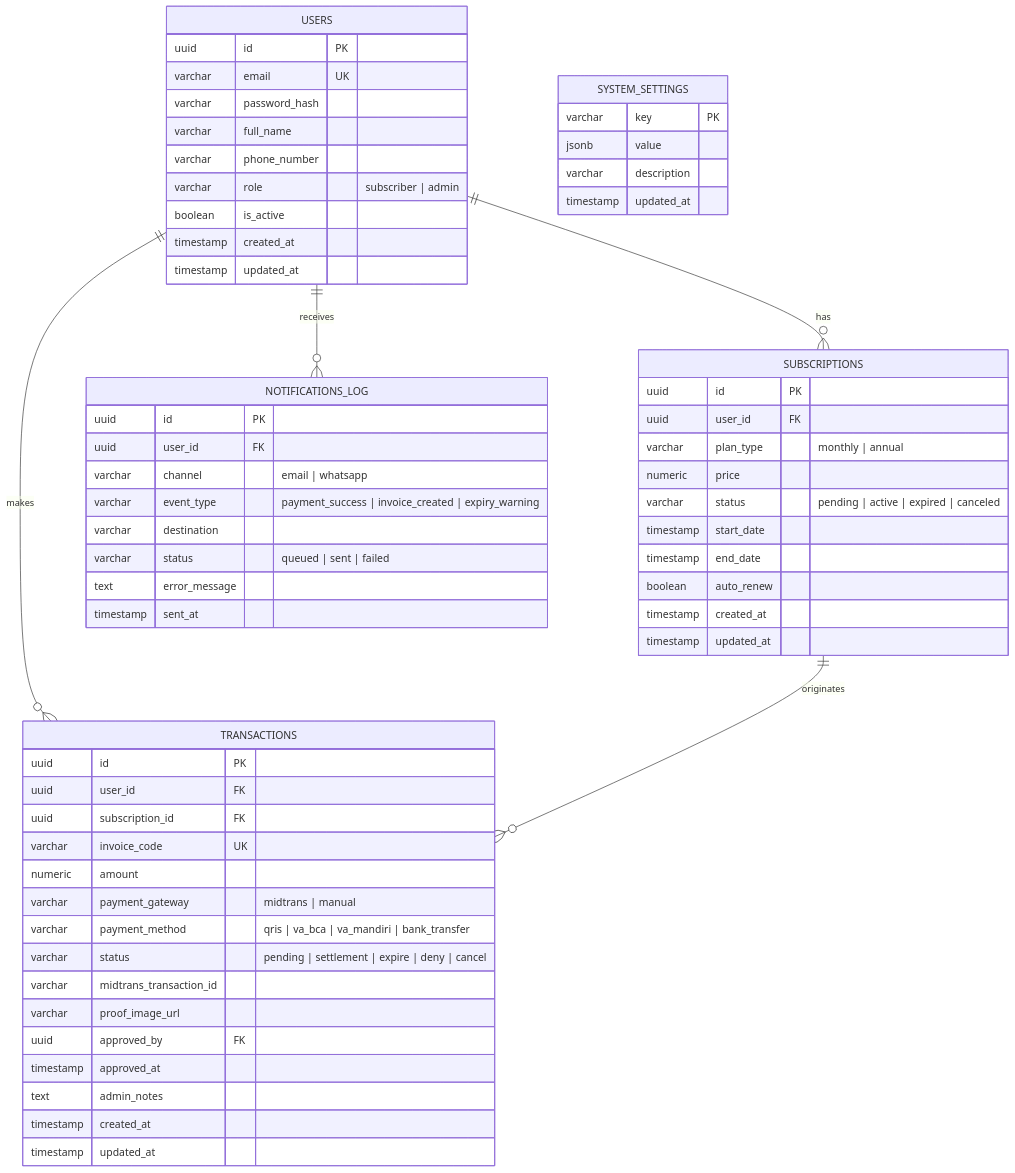
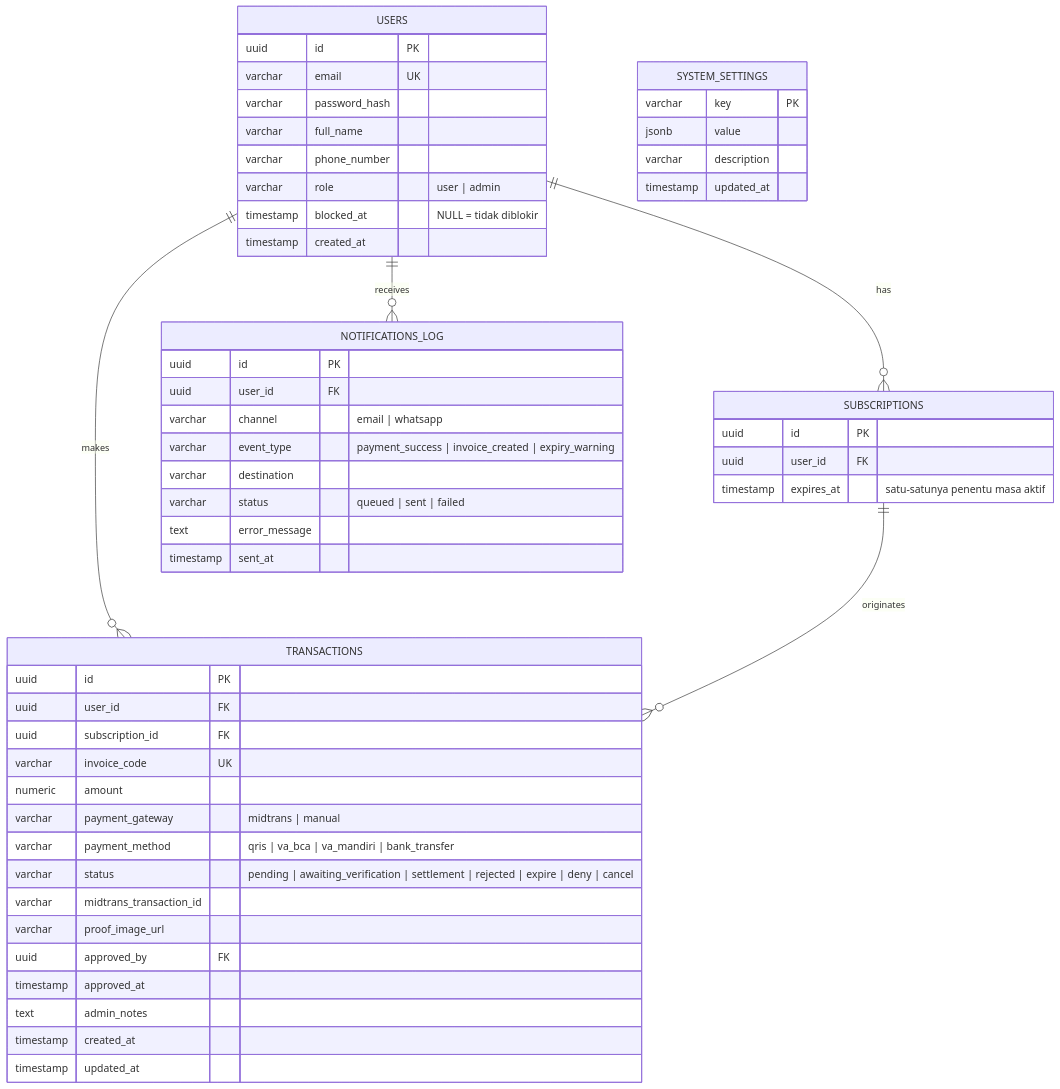
Before and after one commit to ikadekaggasugitha-cell/AI-InvestmentDecisionSupport: the second of 3 diagrams in docs/saas-subscription-platform.md, drawn with Mermaid. The commit also changed other lines of this file and 98 other files, not shown here.

````diff
--- a/docs/saas-subscription-platform.md
+++ b/docs/saas-subscription-platform.md
@@ -89,68 +90,60 @@
 ```mermaid
 erDiagram
     USERS ||--o{ SUBSCRIPTIONS : has
     USERS ||--o{ TRANSACTIONS : makes
     SUBSCRIPTIONS ||--o{ TRANSACTIONS : originates
     USERS ||--o{ NOTIFICATIONS_LOG : receives
 
     USERS {
         uuid id PK
         varchar email UK
         varchar password_hash
         varchar full_name
         varchar phone_number
-        varchar role "subscriber | admin"
-        boolean is_active
+        varchar role "user | admin"
+        timestamp blocked_at "NULL = tidak diblokir"
         timestamp created_at
-        timestamp updated_at
     }
 
     SUBSCRIPTIONS {
         uuid id PK
         uuid user_id FK
-        varchar plan_type "monthly | annual"
-        numeric price
-        varchar status "pending | active | expired | canceled"
-        timestamp start_date
-        timestamp end_date
-        boolean auto_renew
-        timestamp created_at
-        timestamp updated_at
+        timestamp expires_at "satu-satunya penentu masa aktif"
     }
 
     TRANSACTIONS {
         uuid id PK
         uuid user_id FK
         uuid subscription_id FK
         varchar invoice_code UK
         numeric amount
         varchar payment_gateway "midtrans | manual"
         varchar payment_method "qris | va_bca | va_mandiri | bank_transfer"
-        varchar status "pending | settlement | expire | deny | cancel"
+        varchar status "pending | awaiting_verification | settlement | rejected | expire | deny | cancel"
         varchar midtrans_transaction_id
         varchar proof_image_url
         uuid approved_by FK
         timestamp approved_at
         text admin_notes
         timestamp created_at
         timestamp updated_at
     }
 
     SYSTEM_SETTINGS {
         varchar key PK
         jsonb value
         varchar description
         timestamp updated_at
     }
 
     NOTIFICATIONS_LOG {
         uuid id PK
         uuid user_id FK
         varchar channel "email | whatsapp"
         varchar event_type "payment_success | invoice_created | expiry_warning"
         varchar destination
         varchar status "queued | sent | failed"
         text error_message
         timestamp sent_at
     }
 ```
````
